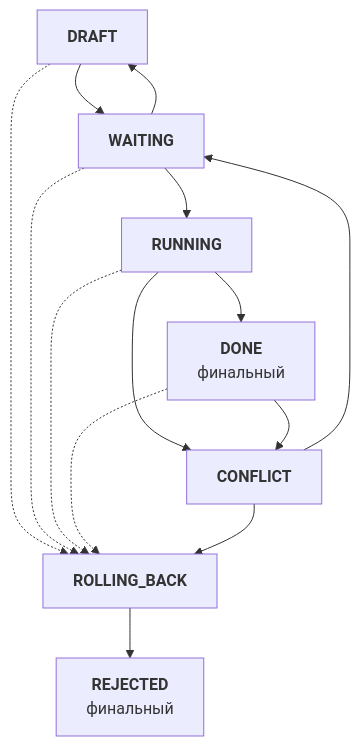
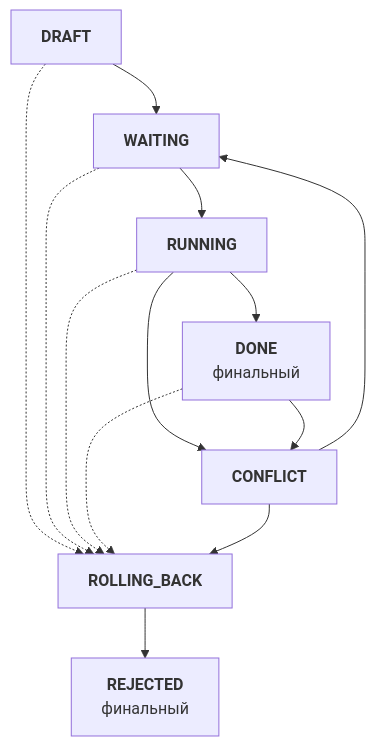
One commit to NSEvteev/FullSpec changed the second of 6 diagrams in specs/.instructions/standard-specs.md. Above: the diagram before and after it, drawn with Mermaid. The commit also changed other lines of this file, not shown here.

````diff
--- a/specs/.instructions/standard-specs.md
+++ b/specs/.instructions/standard-specs.md
@@ -639,30 +412,29 @@
 ```mermaid
 graph TD
     DRAFT["<b>DRAFT</b>"]
     WAITING["<b>WAITING</b>"]
     RUNNING["<b>RUNNING</b>"]
     DONE["<b>DONE</b>
     финальный"]
     CONFLICT["<b>CONFLICT</b>"]
     ROLLING_BACK["<b>ROLLING_BACK</b>"]
     REJECTED["<b>REJECTED</b>
     финальный"]
 
     DRAFT --> WAITING
     DRAFT -.-> ROLLING_BACK
-    WAITING --> DRAFT
     WAITING --> RUNNING
     WAITING -.-> ROLLING_BACK
 
     RUNNING --> DONE
     RUNNING --> CONFLICT
     RUNNING -.-> ROLLING_BACK
 
     DONE ~~~ CONFLICT
     DONE --> CONFLICT
     DONE -.-> ROLLING_BACK
     CONFLICT --> WAITING
     CONFLICT --> ROLLING_BACK
 
     ROLLING_BACK --> REJECTED
 ```
````
